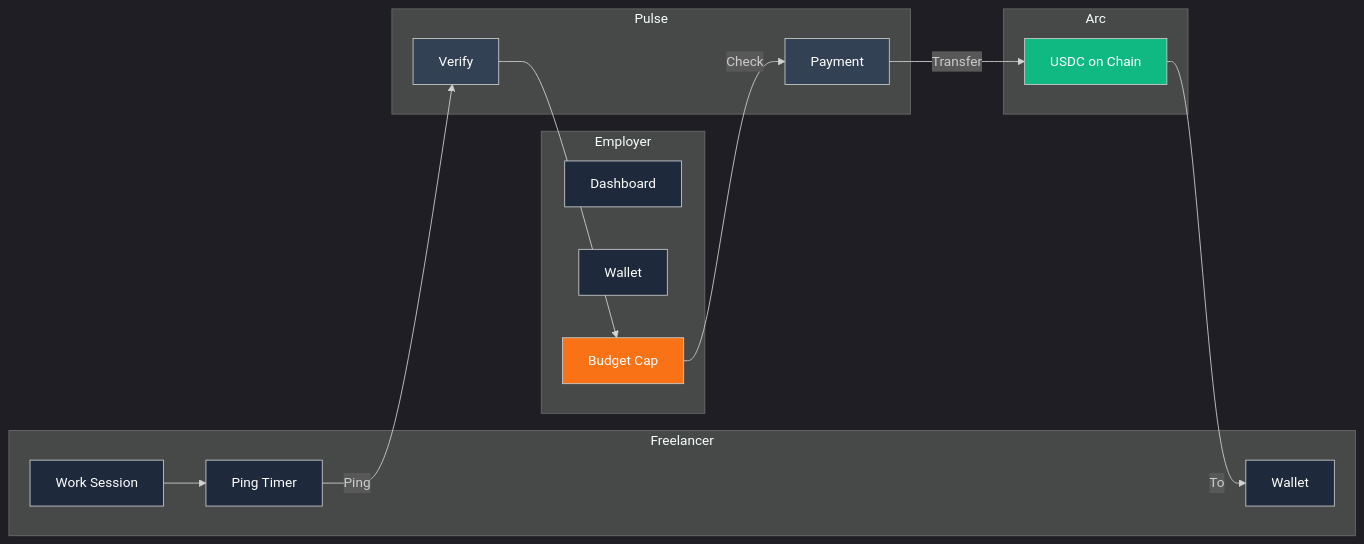
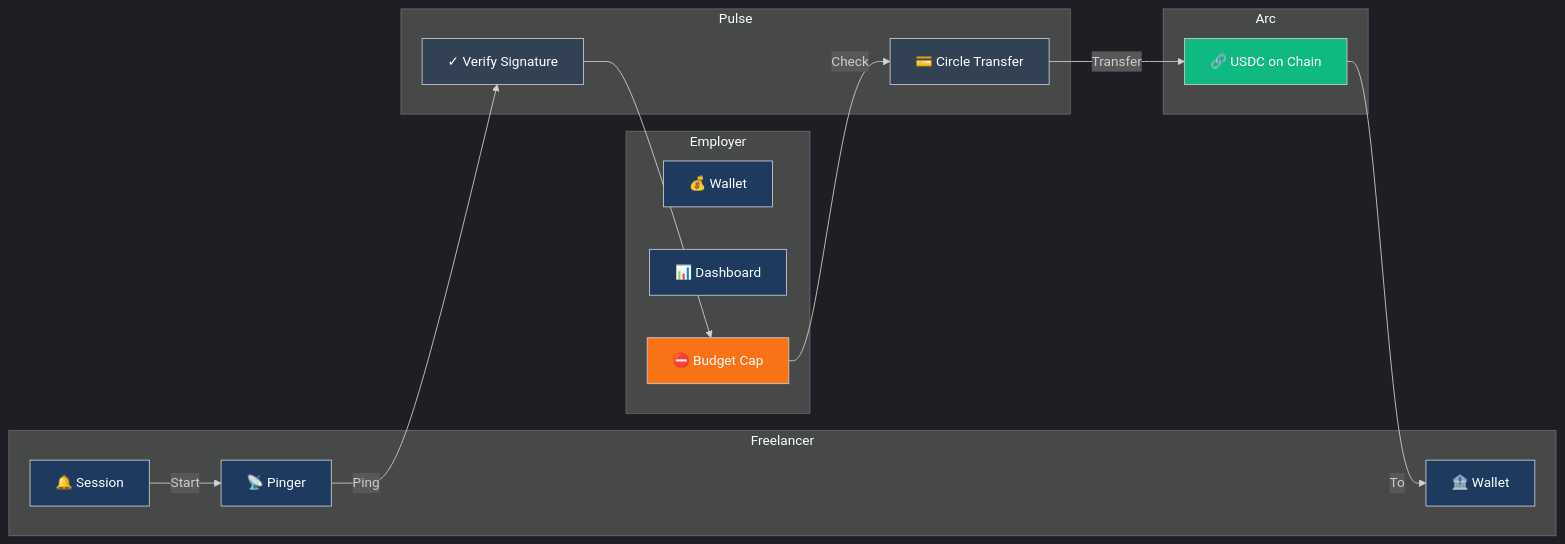
One commit to Shikhyy/Pulse changed the first of 2 diagrams in README.md. Above: the diagram before and after it, drawn with Mermaid. The commit also changed other lines of this file, not shown here.

````diff
--- a/README.md
+++ b/README.md
@@ -45,41 +51,41 @@
 ```mermaid
-%%{init: {'theme': 'dark'}}%%
+%%{init: {'theme': 'dark', 'themeVariables': {'darkMode': true}}}%%
 flowchart LR
     subgraph Employer
-        E1[Dashboard]
-        E2[Wallet]
-        E3[Budget Cap]
+        E1[💰 Wallet]
+        E2[📊 Dashboard]
+        E3[⛔ Budget Cap]
     end
     
     subgraph Freelancer
-        F1[Work Session]
-        F2[Ping Timer]
-        F3[Wallet]
+        F1[🔔 Session]
+        F2[📡 Pinger]
+        F3[🏦 Wallet]
     end
     
     subgraph Pulse
-        P1[Verify]
-        P2[Payment]
+        P1[✓ Verify Signature]
+        P2[💳 Circle Transfer]
     end
     
     subgraph Arc
-        A[USDC on Chain]
+        A[🔗 USDC on Chain]
     end
     
-    F1 --> F2
+    F1 -->|Start| F2
     F2 -->|Ping| P1
     P1 --> E3
     E3 -->|Check| P2
     P2 -->|Transfer| A
     A -->|To| F3
     
-    style E1 fill:#1e293b,color:#fff
-    style E2 fill:#1e293b,color:#fff
+    style E1 fill:#1e3a5f,color:#fff
+    style E2 fill:#1e3a5f,color:#fff
     style E3 fill:#f97316,color:#fff
-    style F1 fill:#1e293b,color:#fff
-    style F2 fill:#1e293b,color:#fff
-    style F3 fill:#1e293b,color:#fff
+    style F1 fill:#1e3a5f,color:#fff
+    style F2 fill:#1e3a5f,color:#fff
+    style F3 fill:#1e3a5f,color:#fff
     style P1 fill:#334155,color:#fff
     style P2 fill:#334155,color:#fff
     style A fill:#10b981,color:#fff
 ```
````
